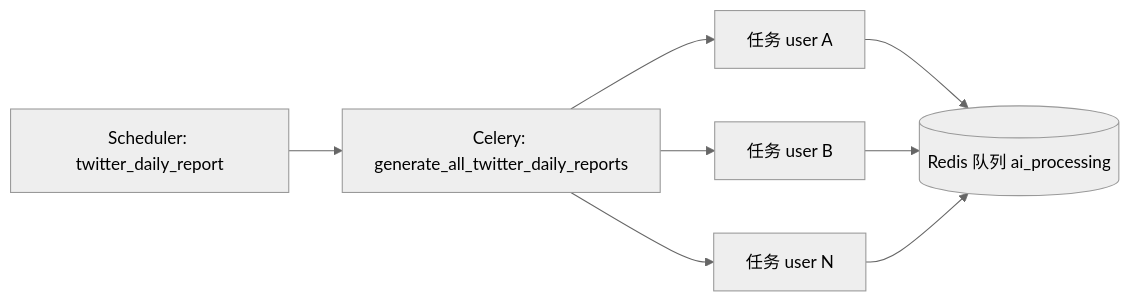
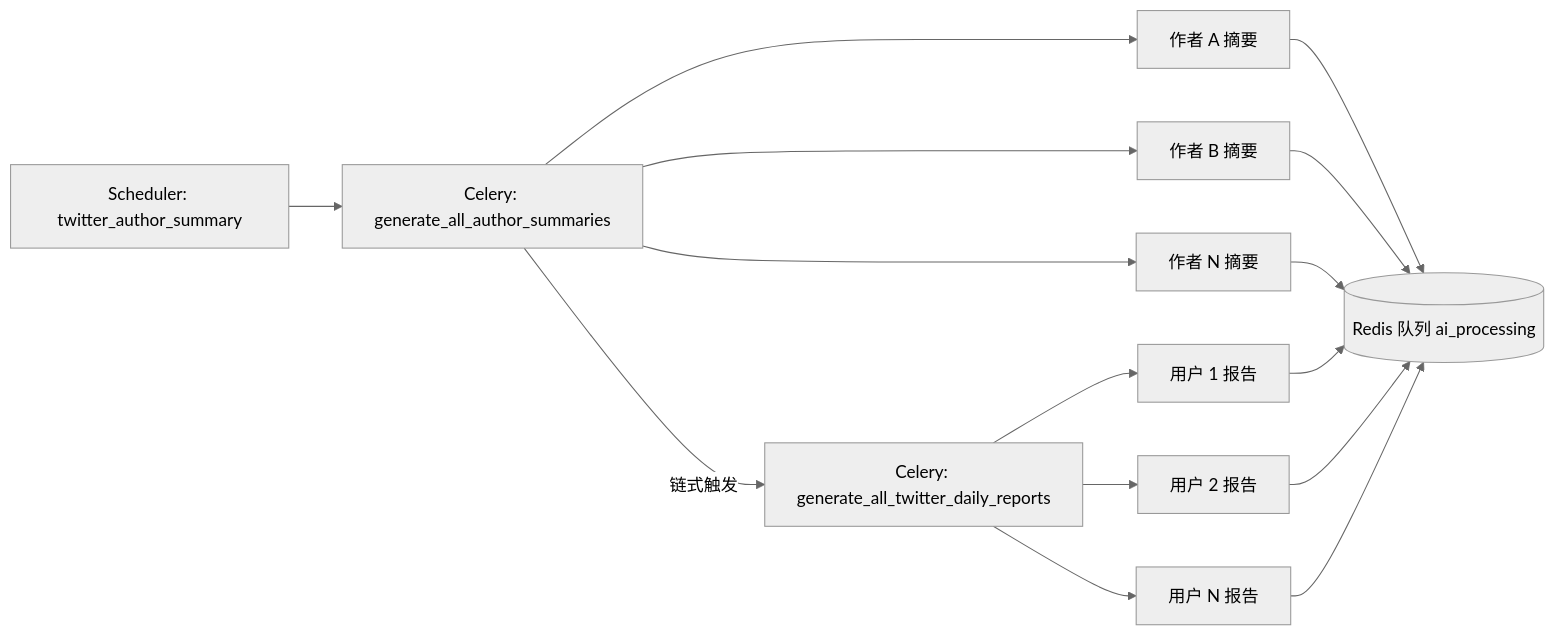
One commit to solterra2888/LocalVirtualService changed the second of 2 diagrams in docs/instructions/TWITTER_DAILY_REPORT_MANUAL.md. Above: the diagram before and after it, drawn with Mermaid (neutral theme). The commit also changed other lines of this file and 20 other files, not shown here.

Commit message:
- Twitter 日报：两阶段（作者摘要→用户报告）、Celery；删手动生成，前后端只读。 - 调度：scheduler/API/代理与任务编排。 - 移动端/简报页：去生成与轮询，仅浏览。 - 配置/库：数据源弹窗、config、DB、手册与维护脚本。

````diff
--- a/docs/instructions/TWITTER_DAILY_REPORT_MANUAL.md
+++ b/docs/instructions/TWITTER_DAILY_REPORT_MANUAL.md
@@ -313,17 +227,24 @@
 ```mermaid
 flowchart LR
-  SCH[Scheduler: twitter_daily_report]
-  ALL[Celery: generate_all_twitter_daily_reports]
-  Q[(Redis 队列 ai_processing)]
-  U1[任务 user A]
-  U2[任务 user B]
-  U3[任务 user N]
+  SCH[Scheduler: twitter_author_summary]
+  ALLA[Celery: generate_all_author_summaries]
+  QA[(Redis 队列 ai_processing)]
+  A1[作者 A 摘要]
+  A2[作者 B 摘要]
+  AN[作者 N 摘要]
 
-  SCH --> ALL
-  ALL --> U1
-  ALL --> U2
-  ALL --> U3
-  U1 --> Q
-  U2 --> Q
-  U3 --> Q
+  SCH --> ALLA
+  ALLA --> A1 --> QA
+  ALLA --> A2 --> QA
+  ALLA --> AN --> QA
+  ALLA -->|链式触发| ALLB
+
+  ALLB[Celery: generate_all_twitter_daily_reports]
+  U1[用户 1 报告]
+  U2[用户 2 报告]
+  UN[用户 N 报告]
+
+  ALLB --> U1 --> QA
+  ALLB --> U2 --> QA
+  ALLB --> UN --> QA
 ```
````
